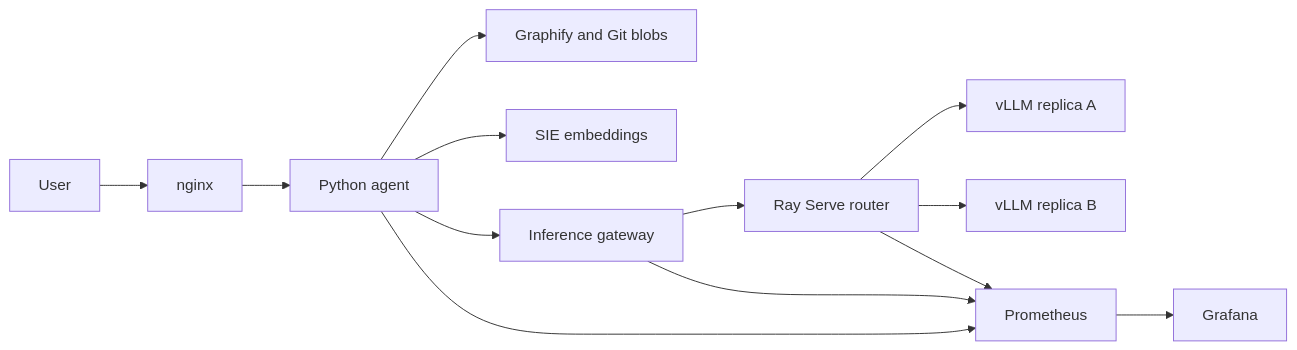
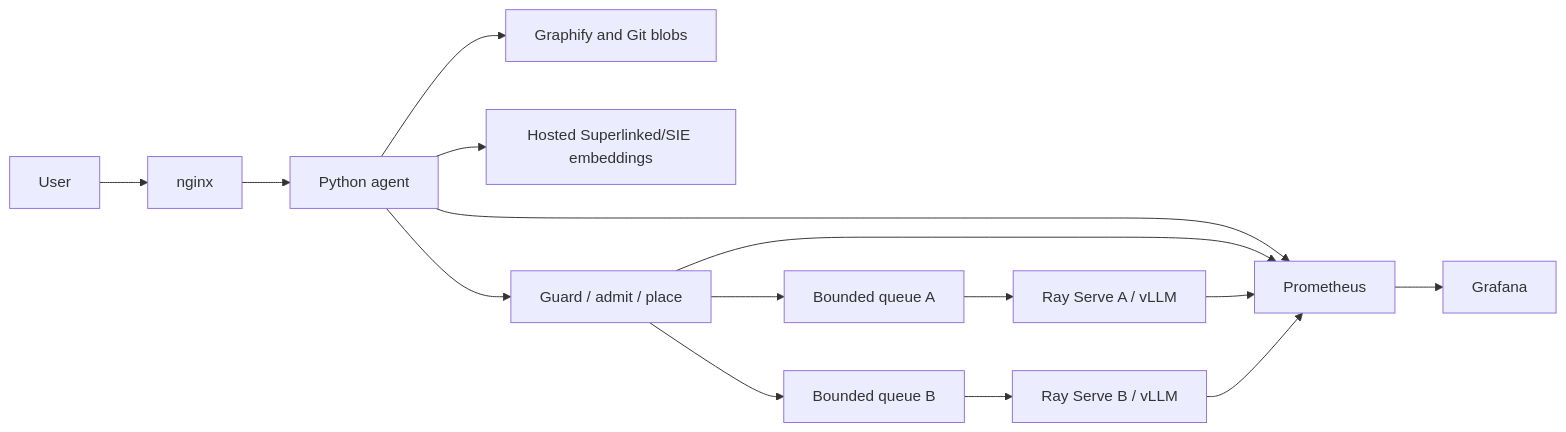
The diagram in README.md (chandraS/GraphServe), drawn with Mermaid before and after one commit. The commit also changed other lines of this file and 24 other files, not shown here.

````diff
--- a/README.md
+++ b/README.md
@@ -28,15 +28,17 @@
 ```mermaid
 flowchart LR
     U[User] --> N[nginx]
     N --> A[Python agent]
     A --> G[Graphify and Git blobs]
-    A --> S[SIE embeddings]
-    A --> W[Inference gateway]
-    W --> R[Ray Serve router]
-    R --> V1[vLLM replica A]
-    R --> V2[vLLM replica B]
+    A --> S[Hosted Superlinked/SIE embeddings]
+    A --> W[Guard / admit / place]
+    W --> Q1[Bounded queue A]
+    W --> Q2[Bounded queue B]
+    Q1 --> V1[Ray Serve A / vLLM]
+    Q2 --> V2[Ray Serve B / vLLM]
     A --> P[Prometheus]
     W --> P
-    R --> P
+    V1 --> P
+    V2 --> P
     P --> F[Grafana]
 ```
````
